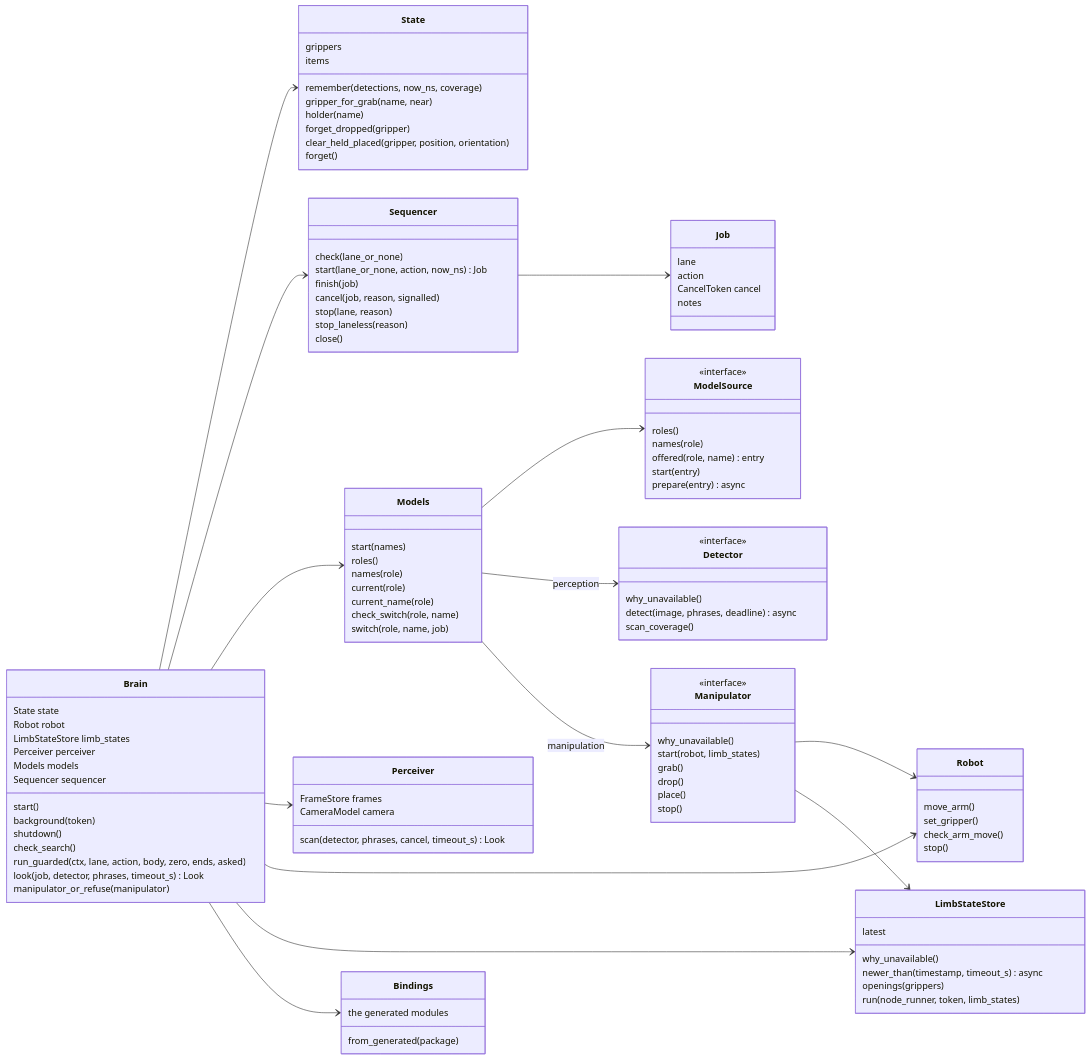
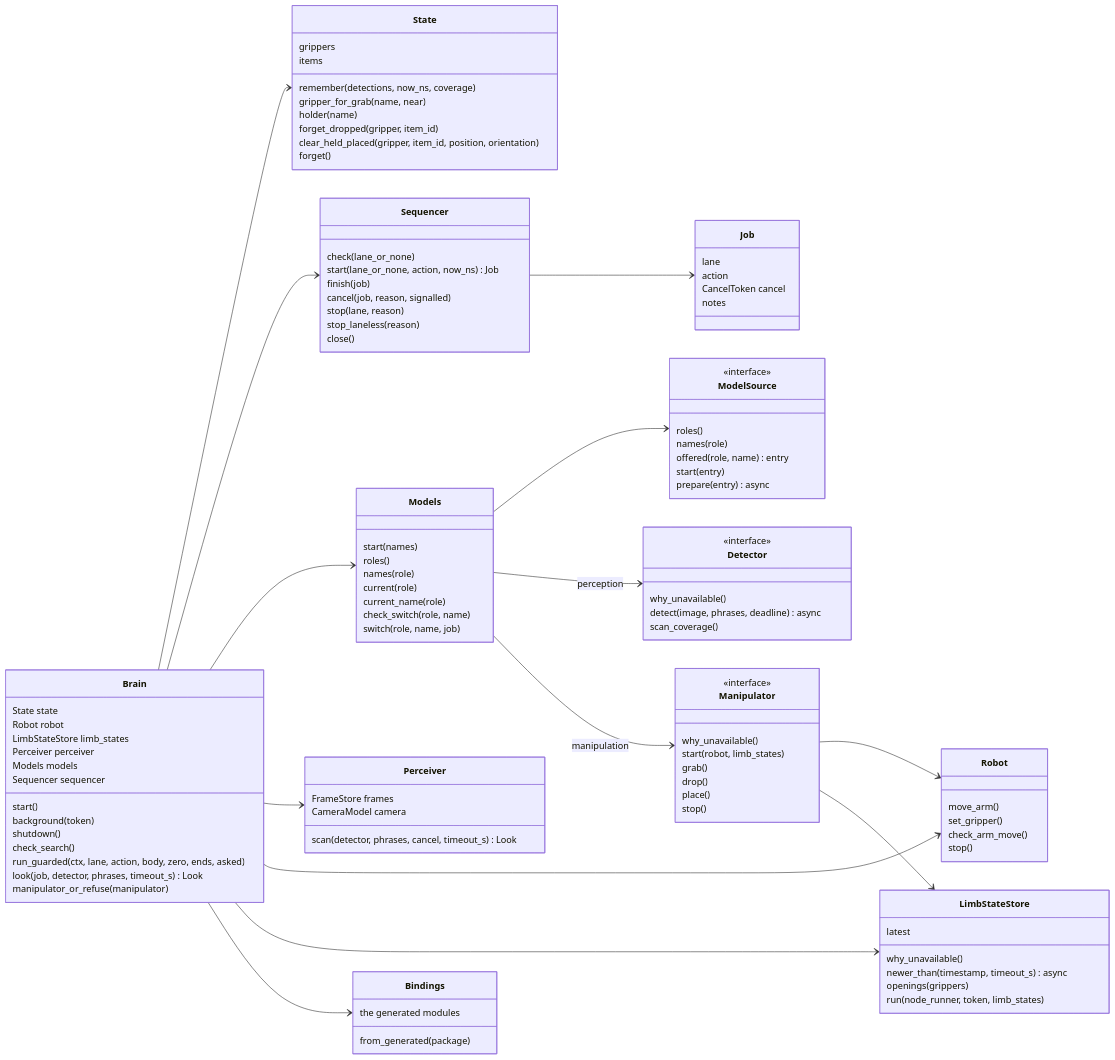
The second of 5 diagrams in brain_core/README.md (Peppy-bot/public-peppy-libs), drawn with Mermaid before and after one commit. The commit also changed other lines of this file and 15 other files, not shown here.

First line of the commit message:
[FRAMEWORK-273] brain_core: bound the open-item depth, keep the item of a place across a forget, measure the wrist camera period

```diff
--- a/brain_core/README.md
+++ b/brain_core/README.md
@@ -155,8 +155,8 @@
         remember(detections, now_ns, coverage)
         gripper_for_grab(name, near)
         holder(name)
-        forget_dropped(gripper)
-        clear_held_placed(gripper, position, orientation)
+        forget_dropped(gripper, item_id)
+        clear_held_placed(gripper, item_id, position, orientation)
         forget()
     }
     class Sequencer {
```
